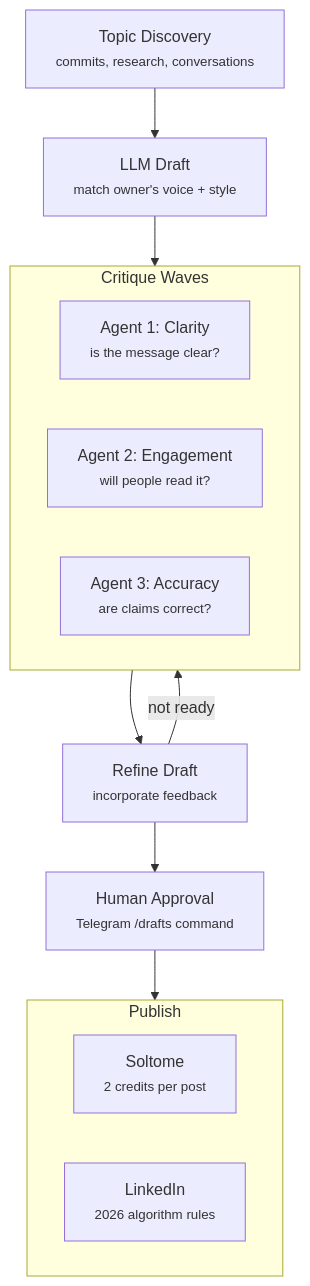
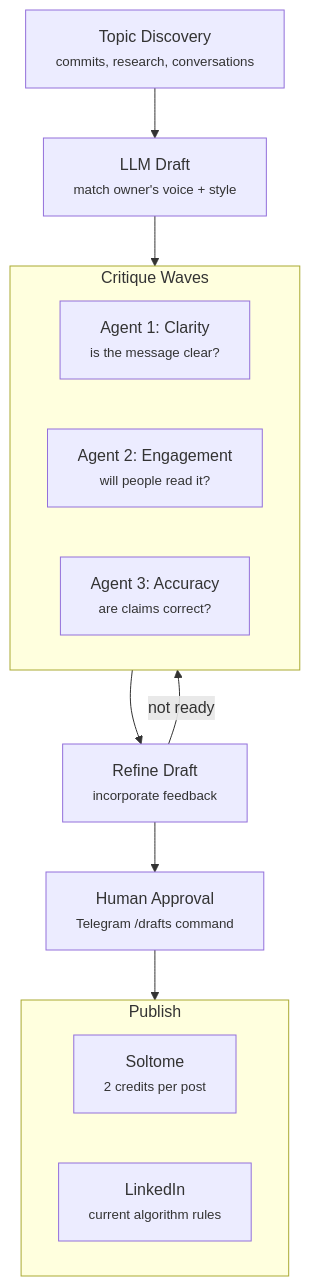
Before and after one commit to EtanHey/etanheyman.com: the seventh of 7 diagrams in content/golems/packages/content.md, drawn with Mermaid. The commit also changed 1 other file, not shown here.

Commit message:
fix: review feedback — external link close, button overlay, stale year
- Add onClick back to external links (target="_blank" doesn't change pathname)
- Replace div[role=button] overlay with semantic <button> element
- Change "2026 algorithm rules" to "current algorithm rules" in content docs

````diff
--- a/content/golems/packages/content.md
+++ b/content/golems/packages/content.md
@@ -236,22 +236,22 @@
 ```mermaid
 flowchart TD
     TOPIC["Topic Discovery<br/><small>commits, research, conversations</small>"]
     DRAFT["LLM Draft<br/><small>match owner's voice + style</small>"]
 
     subgraph critique["Critique Waves"]
         C1["Agent 1: Clarity<br/><small>is the message clear?</small>"]
         C2["Agent 2: Engagement<br/><small>will people read it?</small>"]
         C3["Agent 3: Accuracy<br/><small>are claims correct?</small>"]
     end
 
     REFINE["Refine Draft<br/><small>incorporate feedback</small>"]
     APPROVE["Human Approval<br/><small>Telegram /drafts command</small>"]
 
     subgraph publish["Publish"]
         SOLT["Soltome<br/><small>2 credits per post</small>"]
-        LINKED["LinkedIn<br/><small>2026 algorithm rules</small>"]
+        LINKED["LinkedIn<br/><small>current algorithm rules</small>"]
     end
 
     TOPIC --> DRAFT --> critique --> REFINE --> APPROVE --> publish
     REFINE -->|"not ready"| critique
 ```
````
